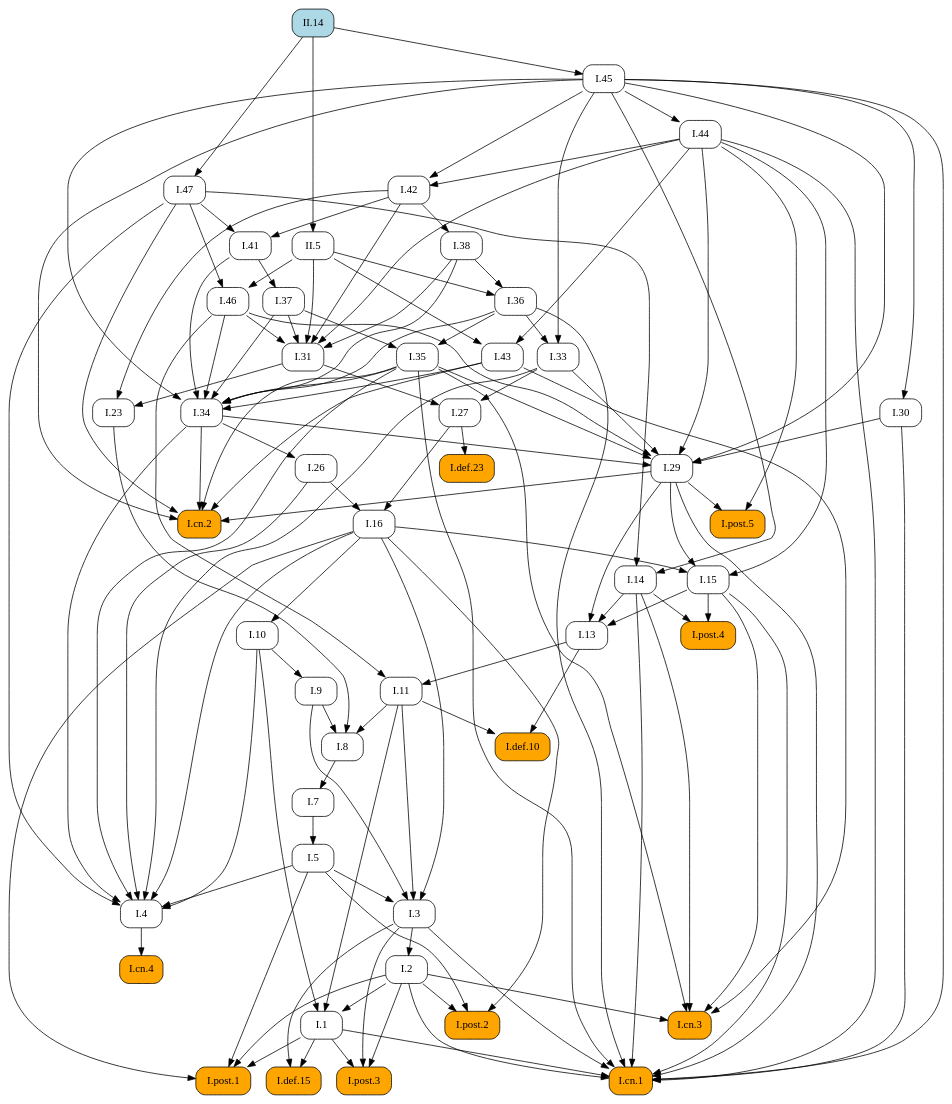
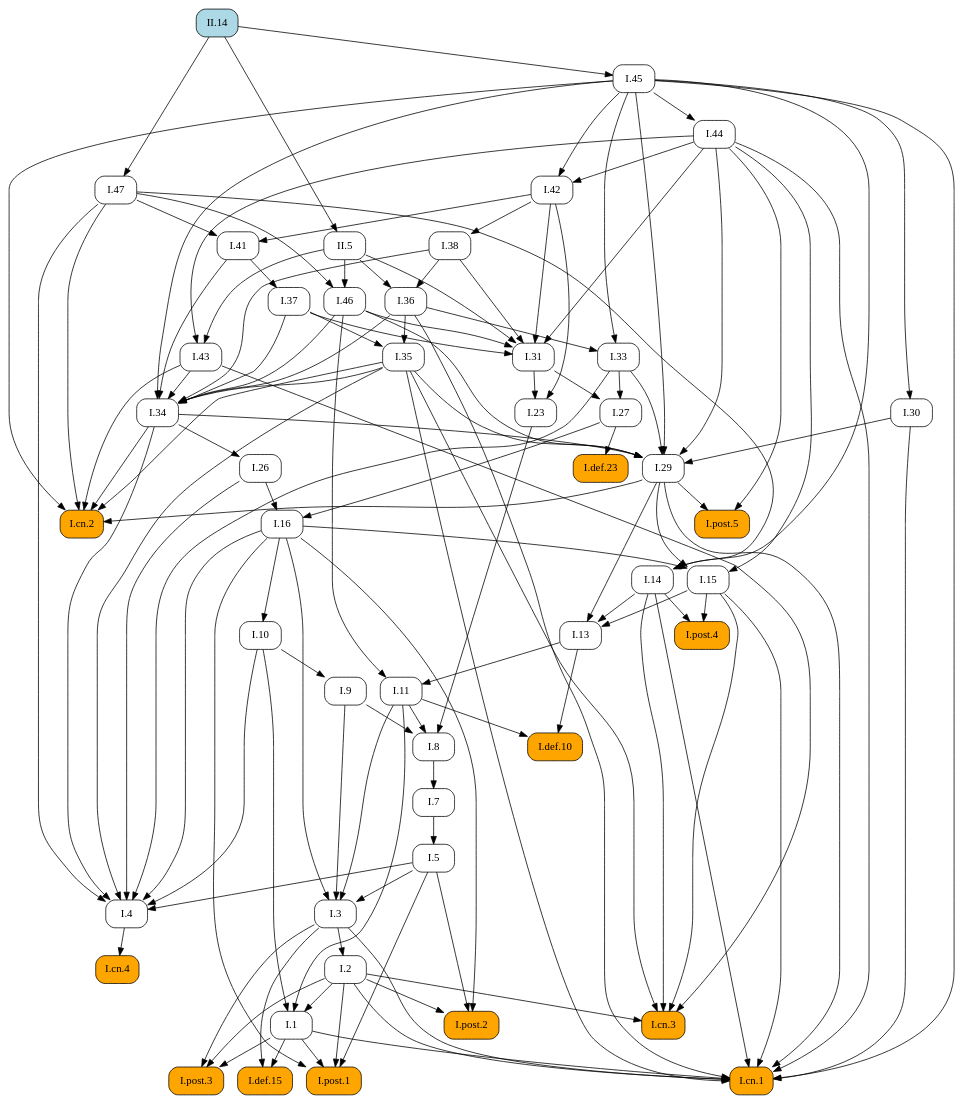
The diagram in docsrc/elements2/II/14/index.rst (geometor/elements), drawn with Graphviz before and after one commit. The commit also changed other lines of this file and 171 other files, not shown here.

```diff
--- a/docsrc/elements2/II/14/index.rst
+++ b/docsrc/elements2/II/14/index.rst
@@ -95,149 +95,118 @@
    digraph {
      rankdir="TB";
      node [shape=box, style=rounded];
+     "I.8" [URL="/elements2/I/8/", target="_top"];
+     "I.46" [URL="/elements2/I/46/", target="_top"];
+     "I.36" [URL="/elements2/I/36/", target="_top"];
+     "I.47" [URL="/elements2/I/47/", target="_top"];
+     "I.14" [URL="/elements2/I/14/", target="_top"];
+     "I.post.1" [style="rounded,filled", fillcolor=orange, URL="/elements2/I/post.1/", target="_top"];
+     "I.33" [URL="/elements2/I/33/", target="_top"];
+     "I.45" [URL="/elements2/I/45/", target="_top"];
+     "I.5" [URL="/elements2/I/5/", target="_top"];
+     "I.38" [URL="/elements2/I/38/", target="_top"];
+     "I.post.5" [style="rounded,filled", fillcolor=orange, URL="/elements2/I/post.5/", target="_top"];
+     "I.def.10" [style="rounded,filled", fillcolor=orange, URL="/elements2/I/def.10/", target="_top"];
+     "I.30" [URL="/elements2/I/30/", target="_top"];
+     "I.cn.2" [style="rounded,filled", fillcolor=orange, URL="/elements2/I/cn.2/", target="_top"];
+     "I.def.15" [style="rounded,filled", fillcolor=orange, URL="/elements2/I/def.15/", target="_top"];
+     "I.31" [URL="/elements2/I/31/", target="_top"];
+     "I.11" [URL="/elements2/I/11/", target="_top"];
+     "I.43" [URL="/elements2/I/43/", target="_top"];
+     "I.3" [URL="/elements2/I/3/", target="_top"];
+     "I.def.23" [style="rounded,filled", fillcolor=orange, URL="/elements2/I/def.23/", target="_top"];
+     "I.post.2" [style="rounded,filled", fillcolor=orange, URL="/elements2/I/post.2/", target="_top"];
+     "I.26" [URL="/elements2/I/26/", target="_top"];
+     "I.cn.3" [style="rounded,filled", fillcolor=orange, URL="/elements2/I/cn.3/", target="_top"];
+     "I.cn.4" [style="rounded,filled", fillcolor=orange, URL="/elements2/I/cn.4/", target="_top"];
+     "I.1" [URL="/elements2/I/1/", target="_top"];
+     "I.7" [URL="/elements2/I/7/", target="_top"];
+     "I.42" [URL="/elements2/I/42/", target="_top"];
+     "I.9" [URL="/elements2/I/9/", target="_top"];
+     "II.5" [URL="/elements2/II/5/", target="_top"];
+     "I.cn.1" [style="rounded,filled", fillcolor=orange, URL="/elements2/I/cn.1/", target="_top"];
+     "I.29" [URL="/elements2/I/29/", target="_top"];
+     "I.post.4" [style="rounded,filled", fillcolor=orange, URL="/elements2/I/post.4/", target="_top"];
+     "I.16" [URL="/elements2/I/16/", target="_top"];
+     "I.13" [URL="/elements2/I/13/", target="_top"];
+     "I.41" [URL="/elements2/I/41/", target="_top"];
+     "I.35" [URL="/elements2/I/35/", target="_top"];
+     "I.2" [URL="/elements2/I/2/", target="_top"];
+     "I.27" [URL="/elements2/I/27/", target="_top"];
      "I.37" [URL="/elements2/I/37/", target="_top"];
-     "I.def.10" [style="rounded,filled", fillcolor=orange, URL="/elements2/I/def.10/", target="_top"];
-     "I.46" [URL="/elements2/I/46/", target="_top"];
-     "I.47" [URL="/elements2/I/47/", target="_top"];
+     "I.4" [URL="/elements2/I/4/", target="_top"];
+     "I.44" [URL="/elements2/I/44/", target="_top"];
+     "I.10" [URL="/elements2/I/10/", target="_top"];
+     "II.14" [style="rounded,filled", fillcolor=lightblue, URL="/elements2/II/14/", target="_top"];
+     "I.15" [URL="/elements2/I/15/", target="_top"];
      "I.34" [URL="/elements2/I/34/", target="_top"];
-     "I.cn.4" [style="rounded,filled", fillcolor=orange, URL="/elements2/I/cn.4/", target="_top"];
-     "I.def.15" [style="rounded,filled", fillcolor=orange, URL="/elements2/I/def.15/", target="_top"];
+     "I.23" [URL="/elements2/I/23/", target="_top"];
      "I.post.3" [style="rounded,filled", fillcolor=orange, URL="/elements2/I/post.3/", target="_top"];
-     "I.41" [URL="/elements2/I/41/", target="_top"];
-     "I.36" [URL="/elements2/I/36/", target="_top"];
-     "I.27" [URL="/elements2/I/27/", target="_top"];
-     "I.post.2" [style="rounded,filled", fillcolor=orange, URL="/elements2/I/post.2/", target="_top"];
-     "I.13" [URL="/elements2/I/13/", target="_top"];
-     "I.10" [URL="/elements2/I/10/", target="_top"];
-     "I.post.1" [style="rounded,filled", fillcolor=orange, URL="/elements2/I/post.1/", target="_top"];
-     "I.7" [URL="/elements2/I/7/", target="_top"];
-     "I.14" [URL="/elements2/I/14/", target="_top"];
-     "I.11" [URL="/elements2/I/11/", target="_top"];
-     "II.5" [URL="/elements2/II/5/", target="_top"];
-     "I.4" [URL="/elements2/I/4/", target="_top"];
-     "I.45" [URL="/elements2/I/45/", target="_top"];
-     "I.16" [URL="/elements2/I/16/", target="_top"];
-     "I.def.23" [style="rounded,filled", fillcolor=orange, URL="/elements2/I/def.23/", target="_top"];
-     "I.9" [URL="/elements2/I/9/", target="_top"];
-     "I.38" [URL="/elements2/I/38/", target="_top"];
-     "I.cn.2" [style="rounded,filled", fillcolor=orange, URL="/elements2/I/cn.2/", target="_top"];
-     "I.15" [URL="/elements2/I/15/", target="_top"];
-     "I.post.5" [style="rounded,filled", fillcolor=orange, URL="/elements2/I/post.5/", target="_top"];
-     "I.26" [URL="/elements2/I/26/", target="_top"];
-     "I.23" [URL="/elements2/I/23/", target="_top"];
-     "I.8" [URL="/elements2/I/8/", target="_top"];
-     "I.2" [URL="/elements2/I/2/", target="_top"];
-     "I.42" [URL="/elements2/I/42/", target="_top"];
-     "I.1" [URL="/elements2/I/1/", target="_top"];
-     "I.44" [URL="/elements2/I/44/", target="_top"];
-     "I.35" [URL="/elements2/I/35/", target="_top"];
-     "I.43" [URL="/elements2/I/43/", target="_top"];
-     "I.30" [URL="/elements2/I/30/", target="_top"];
-     "I.33" [URL="/elements2/I/33/", target="_top"];
-     "I.31" [URL="/elements2/I/31/", target="_top"];
-     "I.post.4" [style="rounded,filled", fillcolor=orange, URL="/elements2/I/post.4/", target="_top"];
-     "I.cn.1" [style="rounded,filled", fillcolor=orange, URL="/elements2/I/cn.1/", target="_top"];
-     "II.14" [style="rounded,filled", fillcolor=lightblue, URL="/elements2/II/14/", target="_top"];
-     "I.3" [URL="/elements2/I/3/", target="_top"];
-     "I.cn.3" [style="rounded,filled", fillcolor=orange, URL="/elements2/I/cn.3/", target="_top"];
-     "I.29" [URL="/elements2/I/29/", target="_top"];
-     "I.5" [URL="/elements2/I/5/", target="_top"];
-     "I.41" -> "I.37";
-     "I.11" -> "I.def.10";
-     "I.13" -> "I.def.10";
+     "I.9" -> "I.8";
+     "I.11" -> "I.8";
+     "I.23" -> "I.8";
      "I.47" -> "I.46";
      "II.5" -> "I.46";
-     "II.14" -> "I.47";
-     "I.35" -> "I.34";
-     "I.36" -> "I.34";
-     "I.37" -> "I.34";
-     "I.38" -> "I.34";
-     "I.41" -> "I.34";
-     "I.43" -> "I.34";
-     "I.45" -> "I.34";
-     "I.46" -> "I.34";
-     "I.4" -> "I.cn.4";
-     "I.1" -> "I.def.15";
-     "I.3" -> "I.def.15";
-     "I.1" -> "I.post.3";
-     "I.2" -> "I.post.3";
-     "I.3" -> "I.post.3";
-     "I.42" -> "I.41";
-     "I.47" -> "I.41";
      "I.38" -> "I.36";
      "II.5" -> "I.36";
-     "I.31" -> "I.27";
-     "I.33" -> "I.27";
-     "I.2" -> "I.post.2";
-     "I.5" -> "I.post.2";
-     "I.16" -> "I.post.2";
-     "I.14" -> "I.13";
-     "I.15" -> "I.13";
-     "I.29" -> "I.13";
-     "I.16" -> "I.10";
+     "II.14" -> "I.47";
+     "I.45" -> "I.14";
+     "I.47" -> "I.14";
      "I.1" -> "I.post.1";
      "I.2" -> "I.post.1";
      "I.5" -> "I.post.1";
      "I.16" -> "I.post.1";
-     "I.8" -> "I.7";
-     "I.45" -> "I.14";
-     "I.47" -> "I.14";
-     "I.13" -> "I.11";
-     "I.46" -> "I.11";
-     "II.14" -> "II.5";
-     "I.5" -> "I.4";
-     "I.10" -> "I.4";
-     "I.16" -> "I.4";
-     "I.26" -> "I.4";
-     "I.33" -> "I.4";
-     "I.34" -> "I.4";
-     "I.35" -> "I.4";
-     "I.47" -> "I.4";
+     "I.36" -> "I.33";
+     "I.45" -> "I.33";
      "II.14" -> "I.45";
-     "I.26" -> "I.16";
-     "I.27" -> "I.16";
-     "I.27" -> "I.def.23";
-     "I.10" -> "I.9";
+     "I.7" -> "I.5";
      "I.42" -> "I.38";
+     "I.29" -> "I.post.5";
+     "I.44" -> "I.post.5";
+     "I.11" -> "I.def.10";
+     "I.13" -> "I.def.10";
+     "I.45" -> "I.30";
      "I.29" -> "I.cn.2";
      "I.34" -> "I.cn.2";
      "I.35" -> "I.cn.2";
      "I.43" -> "I.cn.2";
      "I.45" -> "I.cn.2";
      "I.47" -> "I.cn.2";
-     "I.16" -> "I.15";
-     "I.29" -> "I.15";
-     "I.44" -> "I.15";
-     "I.29" -> "I.post.5";
-     "I.44" -> "I.post.5";
-     "I.34" -> "I.26";
-     "I.31" -> "I.23";
-     "I.42" -> "I.23";
-     "I.9" -> "I.8";
-     "I.11" -> "I.8";
-     "I.23" -> "I.8";
-     "I.3" -> "I.2";
-     "I.44" -> "I.42";
-     "I.45" -> "I.42";
-     "I.2" -> "I.1";
-     "I.10" -> "I.1";
-     "I.11" -> "I.1";
-     "I.45" -> "I.44";
-     "I.36" -> "I.35";
-     "I.37" -> "I.35";
-     "I.44" -> "I.43";
-     "II.5" -> "I.43";
-     "I.45" -> "I.30";
-     "I.36" -> "I.33";
-     "I.45" -> "I.33";
+     "I.1" -> "I.def.15";
+     "I.3" -> "I.def.15";
      "I.37" -> "I.31";
      "I.38" -> "I.31";
      "I.42" -> "I.31";
      "I.44" -> "I.31";
      "I.46" -> "I.31";
      "II.5" -> "I.31";
-     "I.14" -> "I.post.4";
-     "I.15" -> "I.post.4";
+     "I.13" -> "I.11";
+     "I.46" -> "I.11";
+     "I.44" -> "I.43";
+     "II.5" -> "I.43";
+     "I.5" -> "I.3";
+     "I.9" -> "I.3";
+     "I.11" -> "I.3";
+     "I.16" -> "I.3";
+     "I.27" -> "I.def.23";
+     "I.2" -> "I.post.2";
+     "I.5" -> "I.post.2";
+     "I.16" -> "I.post.2";
+     "I.34" -> "I.26";
+     "I.2" -> "I.cn.3";
+     "I.14" -> "I.cn.3";
+     "I.15" -> "I.cn.3";
+     "I.35" -> "I.cn.3";
+     "I.43" -> "I.cn.3";
+     "I.4" -> "I.cn.4";
+     "I.2" -> "I.1";
+     "I.10" -> "I.1";
+     "I.11" -> "I.1";
+     "I.8" -> "I.7";
+     "I.44" -> "I.42";
+     "I.45" -> "I.42";
+     "I.10" -> "I.9";
+     "II.14" -> "II.5";
      "I.1" -> "I.cn.1";
      "I.2" -> "I.cn.1";
      "I.3" -> "I.cn.1";
@@ -249,15 +218,6 @@
      "I.36" -> "I.cn.1";
      "I.44" -> "I.cn.1";
      "I.45" -> "I.cn.1";
-     "I.5" -> "I.3";
-     "I.9" -> "I.3";
-     "I.11" -> "I.3";
-     "I.16" -> "I.3";
-     "I.2" -> "I.cn.3";
-     "I.14" -> "I.cn.3";
-     "I.15" -> "I.cn.3";
-     "I.35" -> "I.cn.3";
-     "I.43" -> "I.cn.3";
      "I.30" -> "I.29";
      "I.33" -> "I.29";
      "I.34" -> "I.29";
@@ -265,5 +225,45 @@
      "I.44" -> "I.29";
      "I.45" -> "I.29";
      "I.46" -> "I.29";
-     "I.7" -> "I.5";
+     "I.14" -> "I.post.4";
+     "I.15" -> "I.post.4";
+     "I.26" -> "I.16";
+     "I.27" -> "I.16";
+     "I.14" -> "I.13";
+     "I.15" -> "I.13";
+     "I.29" -> "I.13";
+     "I.42" -> "I.41";
+     "I.47" -> "I.41";
+     "I.36" -> "I.35";
+     "I.37" -> "I.35";
+     "I.3" -> "I.2";
+     "I.31" -> "I.27";
+     "I.33" -> "I.27";
+     "I.41" -> "I.37";
+     "I.5" -> "I.4";
+     "I.10" -> "I.4";
+     "I.16" -> "I.4";
+     "I.26" -> "I.4";
+     "I.33" -> "I.4";
+     "I.34" -> "I.4";
+     "I.35" -> "I.4";
+     "I.47" -> "I.4";
+     "I.45" -> "I.44";
+     "I.16" -> "I.10";
+     "I.16" -> "I.15";
+     "I.29" -> "I.15";
+     "I.44" -> "I.15";
+     "I.35" -> "I.34";
+     "I.36" -> "I.34";
+     "I.37" -> "I.34";
+     "I.38" -> "I.34";
+     "I.41" -> "I.34";
+     "I.43" -> "I.34";
+     "I.45" -> "I.34";
+     "I.46" -> "I.34";
+     "I.31" -> "I.23";
+     "I.42" -> "I.23";
+     "I.1" -> "I.post.3";
+     "I.2" -> "I.post.3";
+     "I.3" -> "I.post.3";
    }
```
